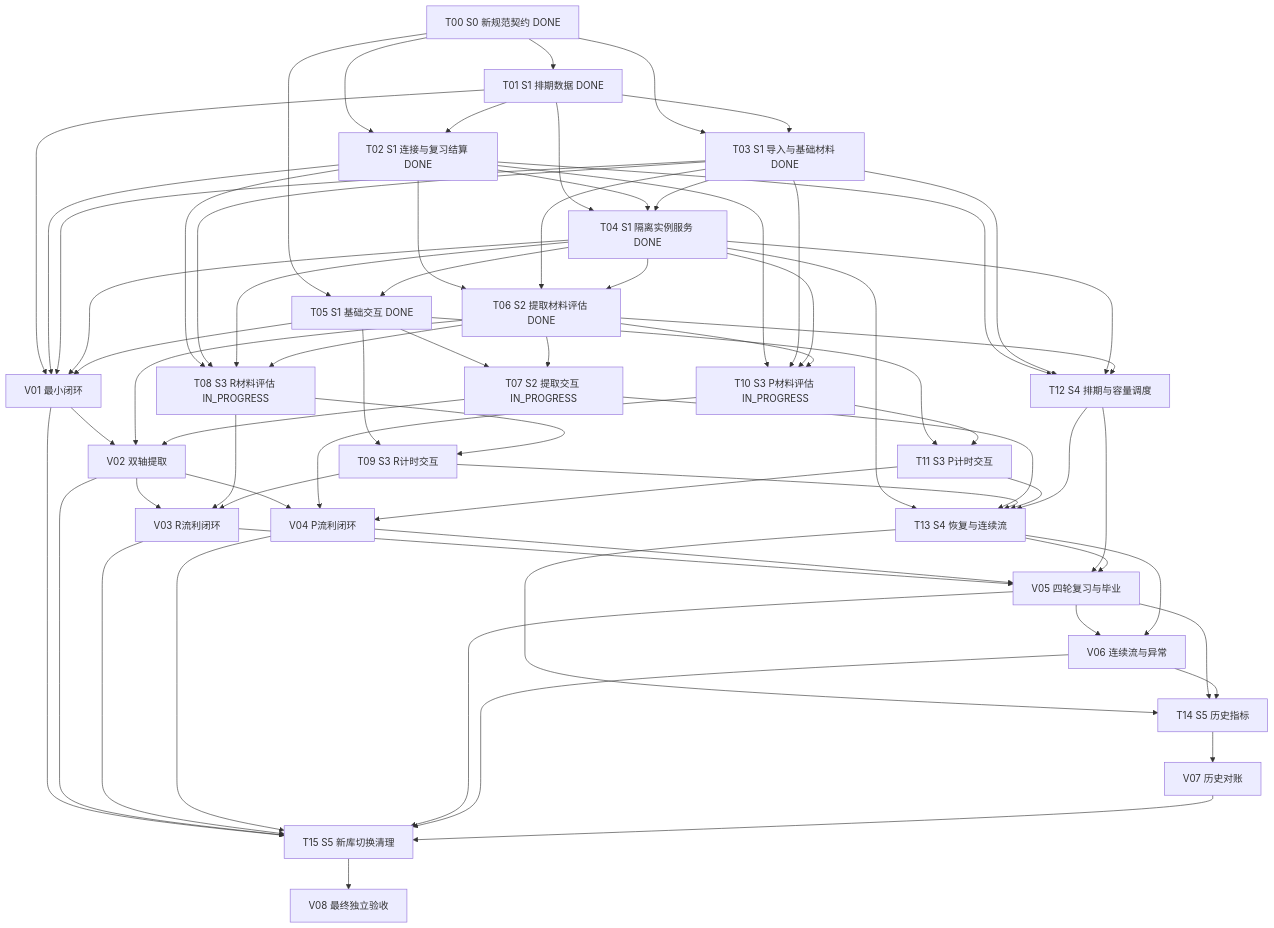
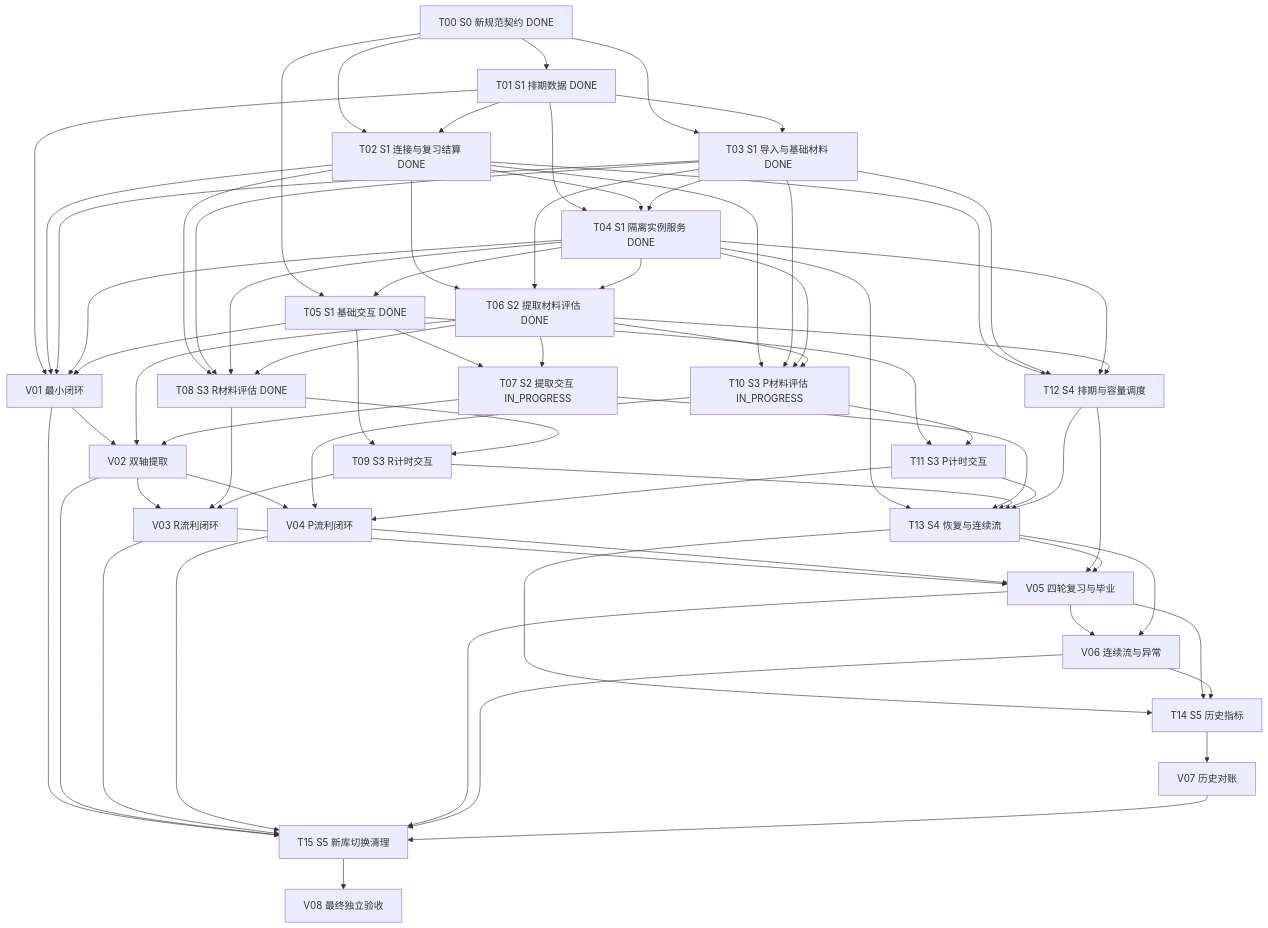
Before and after one commit to logact/flow: the diagram in docs/task-implementation-new-algorithm.md, drawn with Mermaid. The commit also changed other lines of this file and 4 other files, not shown here.

```diff
--- a/docs/task-implementation-new-algorithm.md
+++ b/docs/task-implementation-new-algorithm.md
@@ -344,7 +344,7 @@
   T06["T06 S2 提取材料评估 DONE"]
   T07["T07 S2 提取交互 IN_PROGRESS"]
   V02["V02 双轴提取"]
-  T08["T08 S3 R材料评估 IN_PROGRESS"]
+  T08["T08 S3 R材料评估 DONE"]
   T09["T09 S3 R计时交互"]
   T10["T10 S3 P材料评估 IN_PROGRESS"]
   T11["T11 S3 P计时交互"]
```
